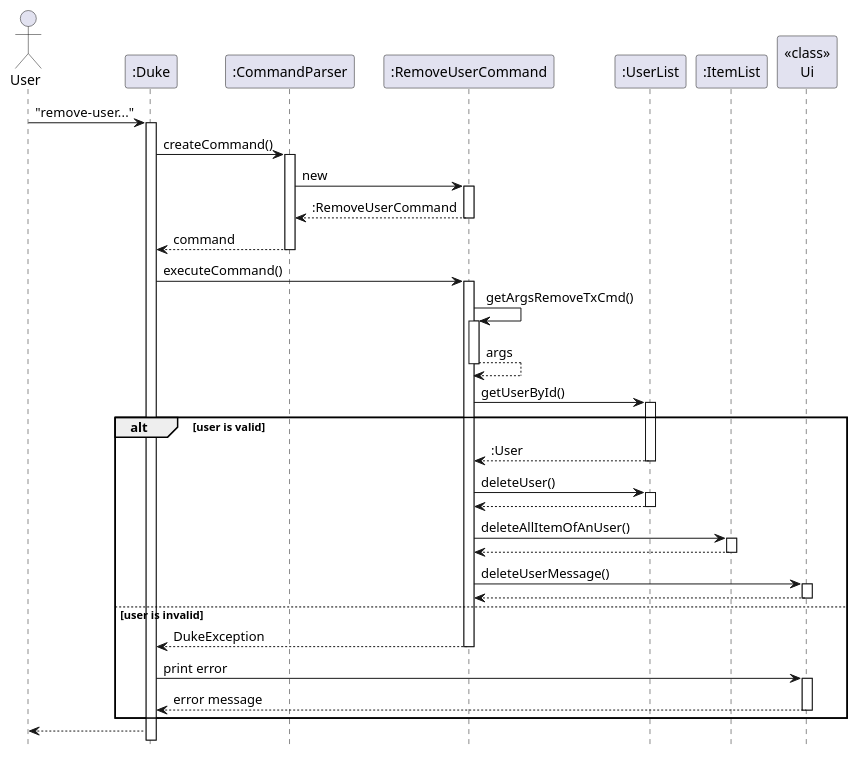
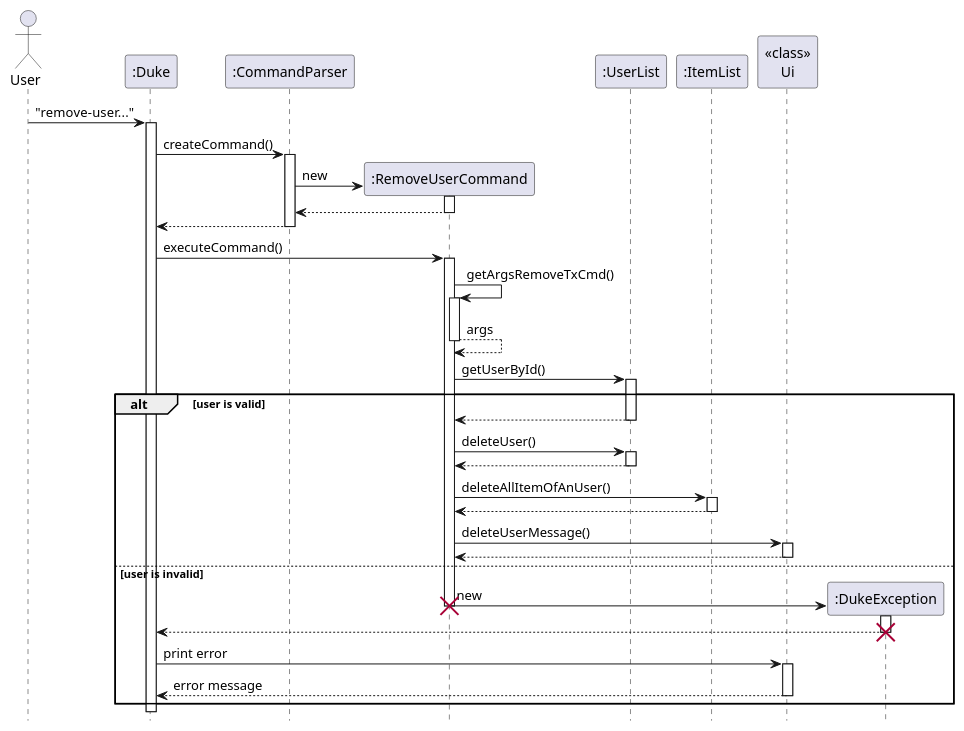
Before and after one commit to nus-cs2113-AY2223S1/tp: the diagram in docs/diagrams/user/RemoveUserSequence.puml, drawn with PlantUML. The commit also changed 13 other files, not shown here.

Commit message:
Update diagrams

```diff
--- a/docs/diagrams/user/RemoveUserSequence.puml
+++ b/docs/diagrams/user/RemoveUserSequence.puml
@@ -1,47 +1,50 @@
 @startuml
 hide footbox
 
 Actor User
 "User" -> ":Duke": "remove-user..."
 activate ":Duke"
 ":Duke" -> ":CommandParser": createCommand()
 activate ":CommandParser"
-":CommandParser" -> ":RemoveUserCommand": new
+":CommandParser" -> ":RemoveUserCommand"**: new
 activate ":RemoveUserCommand"
-return :RemoveUserCommand
-":CommandParser" --> ":Duke": command
+return
+":CommandParser" --> ":Duke"
 deactivate
 
 ":Duke" -> ":RemoveUserCommand" : executeCommand()
 activate ":RemoveUserCommand"
 ":RemoveUserCommand" -> ":RemoveUserCommand": getArgsRemoveTxCmd()
 activate ":RemoveUserCommand"
 return args
     ":RemoveUserCommand" -> ":UserList": getUserById()
     activate ":UserList"
 alt user is valid
-    ":UserList" --> ":RemoveUserCommand": :User
+    ":UserList" --> ":RemoveUserCommand":
     deactivate ":UserList"
 
     ":RemoveUserCommand" -> ":UserList": deleteUser()
     activate ":UserList"
     return
     ":RemoveUserCommand" -> ":ItemList": deleteAllItemOfAnUser()
     activate ":ItemList"
     return
     ":RemoveUserCommand" -> "<<class>>\nUi": deleteUserMessage()
     activate "<<class>>\nUi"
     return
     deactivate "<<class>>\nUi"
     deactivate ":UserList"
 else user is invalid
-    ":RemoveUserCommand" --> ":Duke" : DukeException
-    deactivate ":RemoveUserCommand"
+    ":RemoveUserCommand" -> ":DukeException"** : new
+    destroy ":RemoveUserCommand"
+    activate ":DukeException"
+    ":DukeException" --> ":Duke"
+    destroy ":DukeException"
     ":Duke" -> "<<class>>\nUi" : print error
     activate "<<class>>\nUi"
     "<<class>>\nUi" --> ":Duke" : error message
     deactivate "<<class>>\nUi"
 end
 deactivate ":RemoveUserCommand"
-":Duke" --> "User"
+
 @enduml
```
